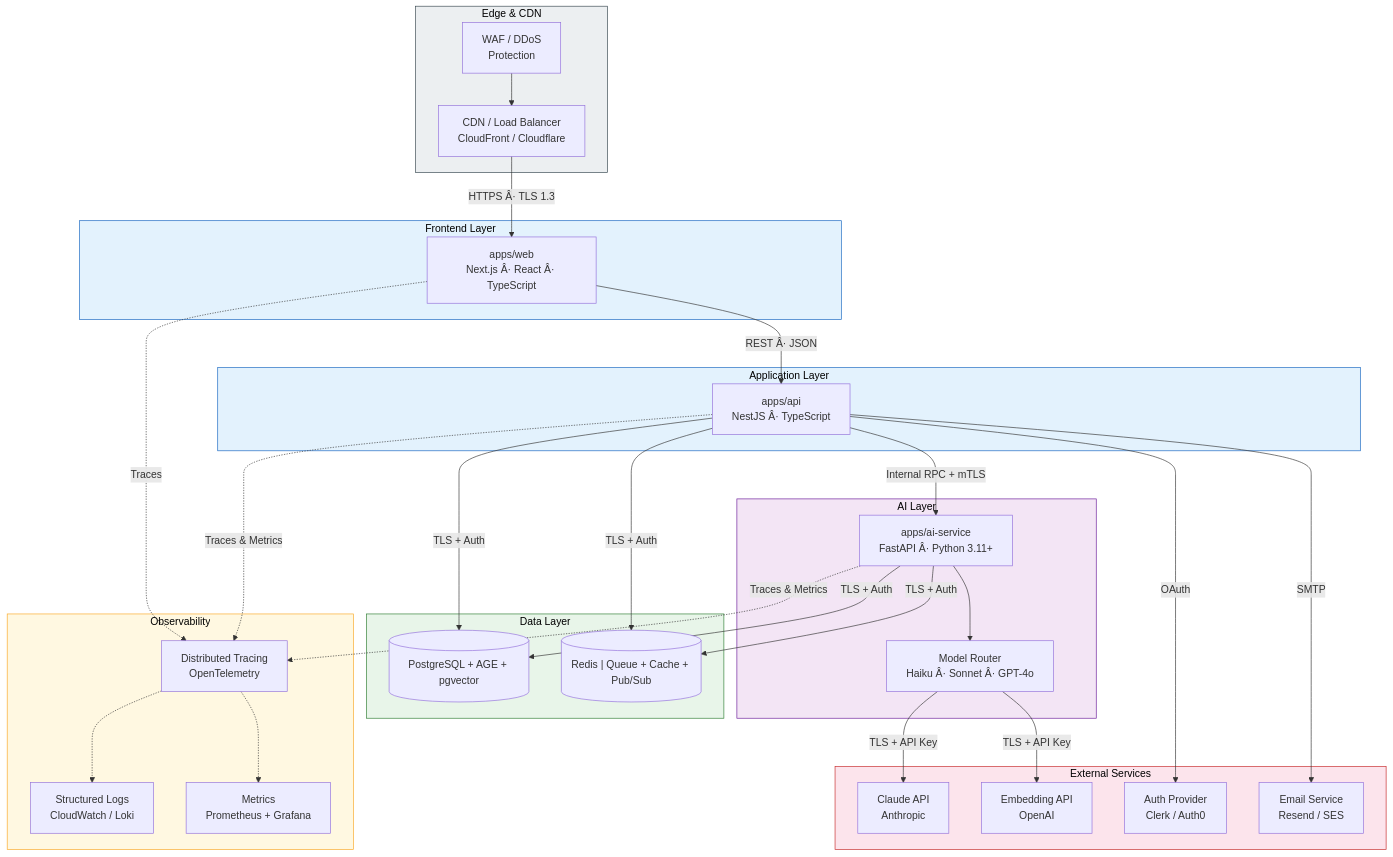
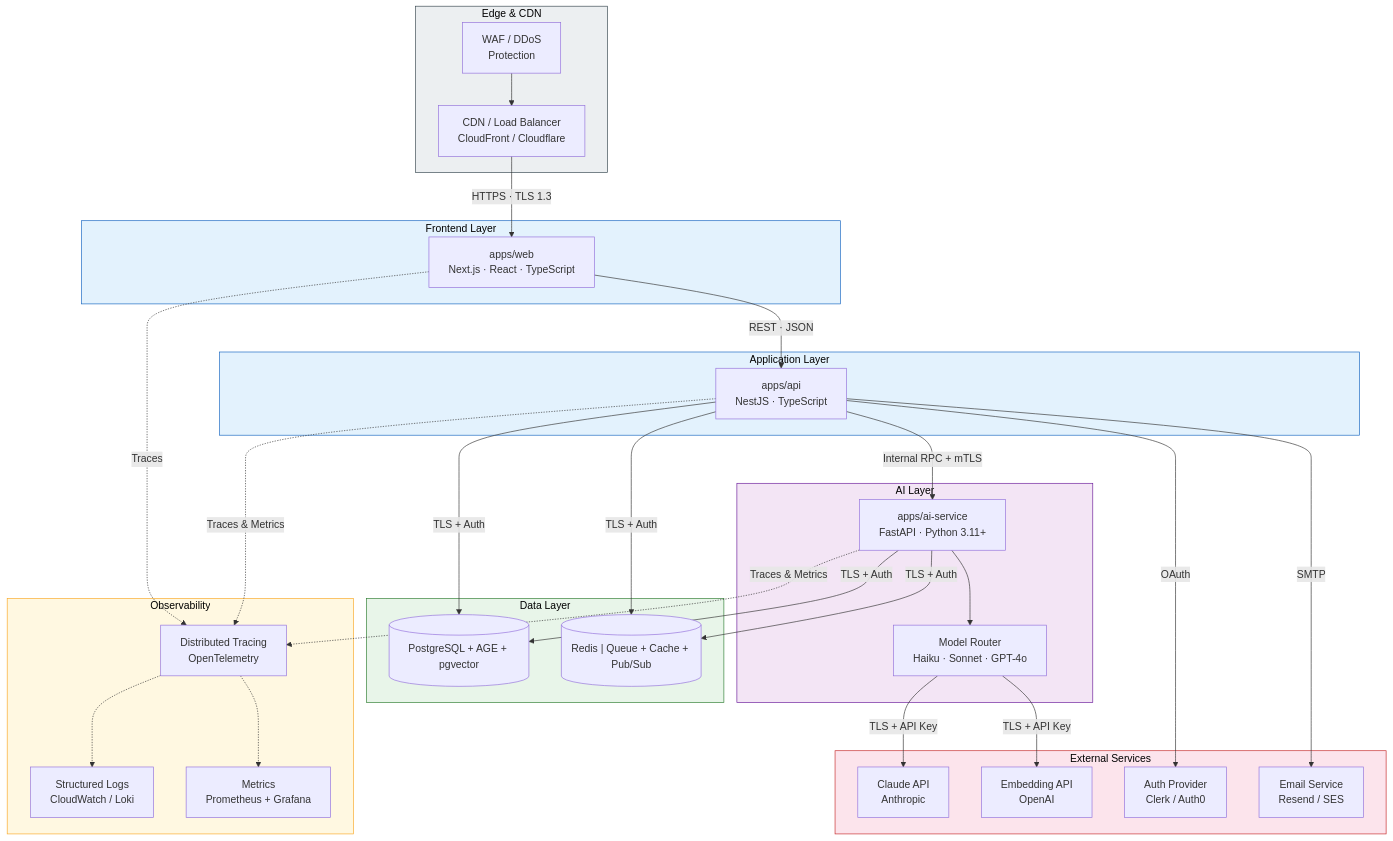
One commit to Driftloom/Vaeloom changed the second of 4 diagrams in Docs/Architecture/System-Design.md. Above: the diagram before and after it, drawn with Mermaid. The commit also changed other lines of this file and 7 other files, not shown here.

Commit message:
docs(arch): add ADRs, C4 diagrams, and high-level design

````diff
--- a/Docs/Architecture/System-Design.md
+++ b/Docs/Architecture/System-Design.md
@@ -143,81 +143,81 @@
 ```mermaid
 graph TB
     subgraph Edge["Edge & CDN"]
         LB["CDN / Load Balancer<br/>CloudFront / Cloudflare"]
         WAF["WAF / DDoS<br/>Protection"]
     end
 
     subgraph Frontend["Frontend Layer"]
-        Web["apps/web<br/>Next.js Â· React Â· TypeScript"]
+        Web["apps/web<br/>Next.js · React · TypeScript"]
     end
 
     subgraph API_Layer["Application Layer"]
-        API["apps/api<br/>NestJS Â· TypeScript"]
+        API["apps/api<br/>NestJS · TypeScript"]
     end
 
     subgraph AI_Layer["AI Layer"]
-        AISvc["apps/ai-service<br/>FastAPI Â· Python 3.11+"]
-        Router["Model Router<br/>Haiku Â· Sonnet Â· GPT-4o"]
+        AISvc["apps/ai-service<br/>FastAPI · Python 3.11+"]
+        Router["Model Router<br/>Haiku · Sonnet · GPT-4o"]
     end
 
     subgraph Data["Data Layer"]
         PG[("PostgreSQL + AGE + pgvector")]
         Redis[("Redis | Queue + Cache + Pub/Sub")]
     end
 
     subgraph Observability["Observability"]
         Logs["Structured Logs<br/>CloudWatch / Loki"]
         Metrics["Metrics<br/>Prometheus + Grafana"]
         Tracing["Distributed Tracing<br/>OpenTelemetry"]
     end
 
     subgraph External["External Services"]
         Claude["Claude API<br/>Anthropic"]
         Embed["Embedding API<br/>OpenAI"]
         SSO["Auth Provider<br/>Clerk / Auth0"]
         Email["Email Service<br/>Resend / SES"]
     end
 
     %% Edge to Frontend
     WAF --> LB
-    LB -->|HTTPS Â· TLS 1.3| Web
+    LB -->|HTTPS · TLS 1.3| Web
 
     %% Frontend to API
-    Web -->|REST Â· JSON| API
+    Web -->|REST · JSON| API
 
     %% API to AI
     API -->|Internal RPC + mTLS| AISvc
 
     %% API to Data
     API -->|TLS + Auth| PG
     API -->|TLS + Auth| Redis
 
     %% AI to Data
     AISvc -->|TLS + Auth| PG
     AISvc -->|TLS + Auth| Redis
 
     %% AI to External
     AISvc --> Router
     Router -->|TLS + API Key| Claude
     Router -->|TLS + API Key| Embed
 
     %% API to External
     API -->|OAuth| SSO
     API -->|SMTP| Email
 
     %% Observability
     Web -.->|Traces| Tracing
     API -.->|Traces & Metrics| Tracing
     AISvc -.->|Traces & Metrics| Tracing
     Tracing -.-> Logs
     Tracing -.-> Metrics
 
     %% Styling
     style Edge fill:#eceff1,stroke:#37474f,color:#000
     style Frontend fill:#e3f2fd,stroke:#1565c0,color:#000
     style API_Layer fill:#e3f2fd,stroke:#1565c0,color:#000
     style AI_Layer fill:#f3e5f5,stroke:#6a1b9a,color:#000
     style Data fill:#e8f5e9,stroke:#2e7d32,color:#000
     style Observability fill:#fff8e1,stroke:#f9a825,color:#000
     style External fill:#fce4ec,stroke:#c62828,color:#000
 ```
````
